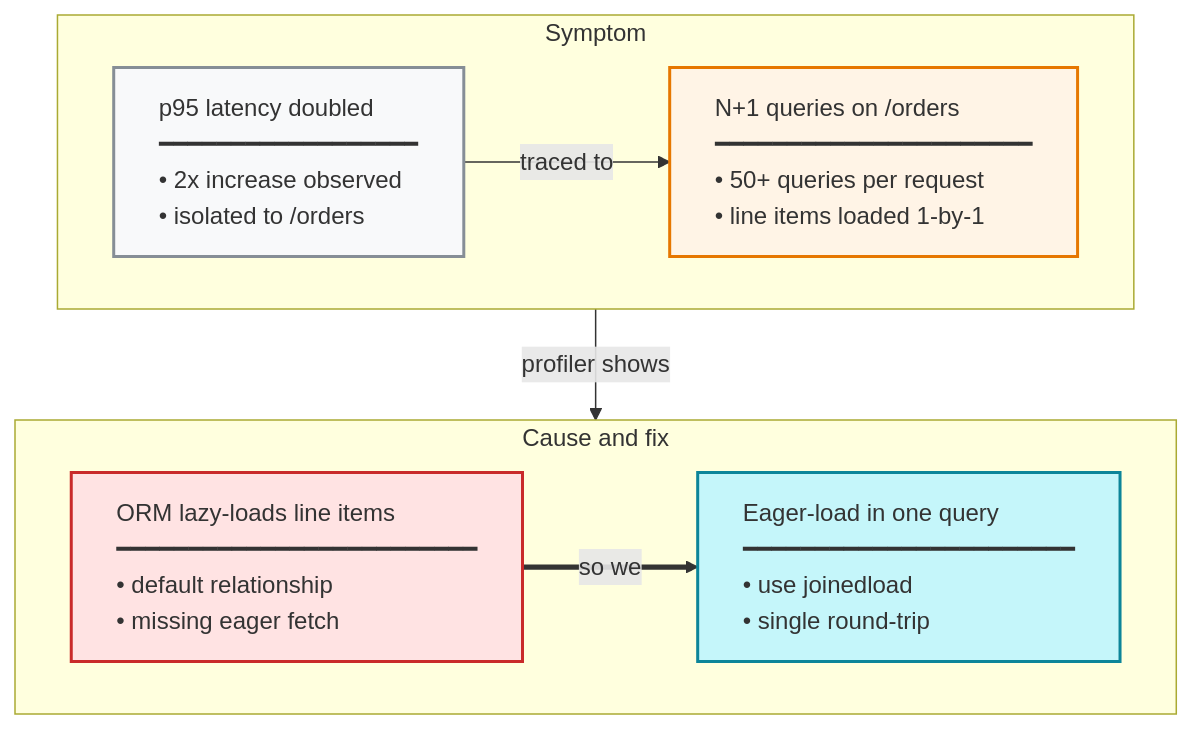
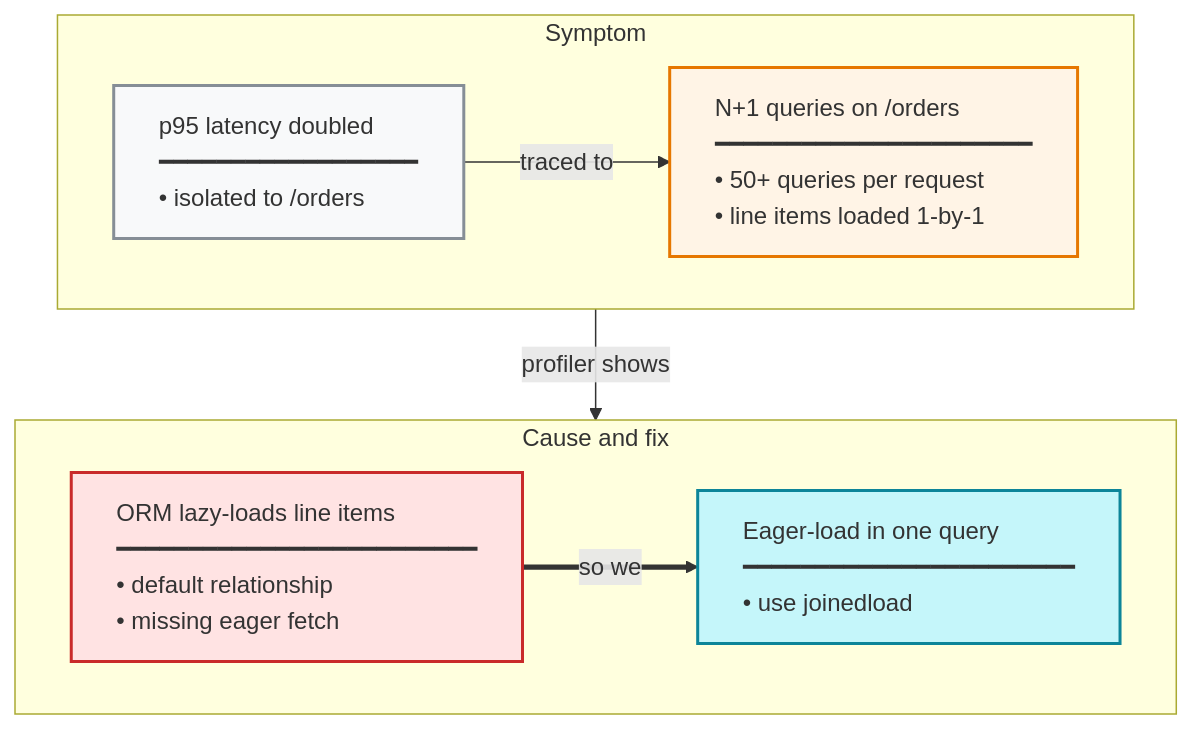
One commit to kouko/loom-plugins changed the diagram in loom-workflow/skills/loom-visualization/templates/04-reasoning-chain.md. Above: the diagram before and after it, drawn with Mermaid. The commit also changed other lines of this file and 23 other files, not shown here.

First line of the commit message:
feat(loom-workflow): clarify diagram node titles (#97)

````diff
--- a/loom-workflow/skills/loom-visualization/templates/04-reasoning-chain.md
+++ b/loom-workflow/skills/loom-visualization/templates/04-reasoning-chain.md
@@ -68,16 +66,16 @@
 ```mermaid
 flowchart TD
     subgraph r1["Symptom"]
         direction LR
-        A[<div style='text-align:left'>p95 latency doubled<br/>━━━━━━━━━━━━━━━━━━<br/>• 2x increase observed<br/>• isolated to /orders</div>] -->|"traced to"| B[<div style='text-align:left'>N+1 queries on /orders<br/>━━━━━━━━━━━━━━━━━━━━━━<br/>• 50+ queries per request<br/>• line items loaded 1-by-1</div>]
+        A[<div style='text-align:left'>p95 latency doubled<br/>━━━━━━━━━━━━━━━━━━<br/>• isolated to /orders</div>] -->|"traced to"| B[<div style='text-align:left'>N+1 queries on /orders<br/>━━━━━━━━━━━━━━━━━━━━━━<br/>• 50+ queries per request<br/>• line items loaded 1-by-1</div>]
     end
     subgraph r2["Cause and fix"]
         direction LR
-        C[<div style='text-align:left'>ORM lazy-loads line items<br/>━━━━━━━━━━━━━━━━━━━━━━━━━<br/>• default relationship<br/>• missing eager fetch</div>] ==>|"so we"| D[<div style='text-align:left'>Eager-load in one query<br/>━━━━━━━━━━━━━━━━━━━━━━━<br/>• use joinedload<br/>• single round-trip</div>]
+        C[<div style='text-align:left'>ORM lazy-loads line items<br/>━━━━━━━━━━━━━━━━━━━━━━━━━<br/>• default relationship<br/>• missing eager fetch</div>] ==>|"so we"| D[<div style='text-align:left'>Eager-load in one query<br/>━━━━━━━━━━━━━━━━━━━━━━━<br/>• use joinedload</div>]
     end
     r1 -->|"profiler shows"| r2
     style A fill:#f8f9fa,stroke:#868e96,stroke-width:2px
     style B fill:#fff4e6,stroke:#e67700,stroke-width:2px
     style C fill:#ffe3e3,stroke:#c92a2a,stroke-width:2px
     style D fill:#c5f6fa,stroke:#0c8599,stroke-width:2px
 ```
````
